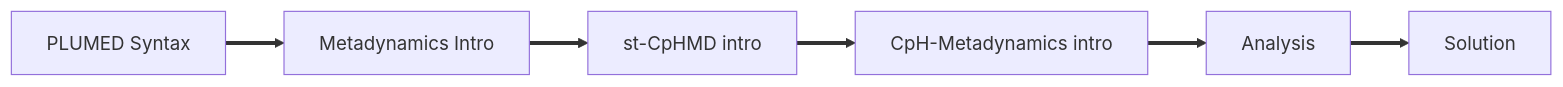
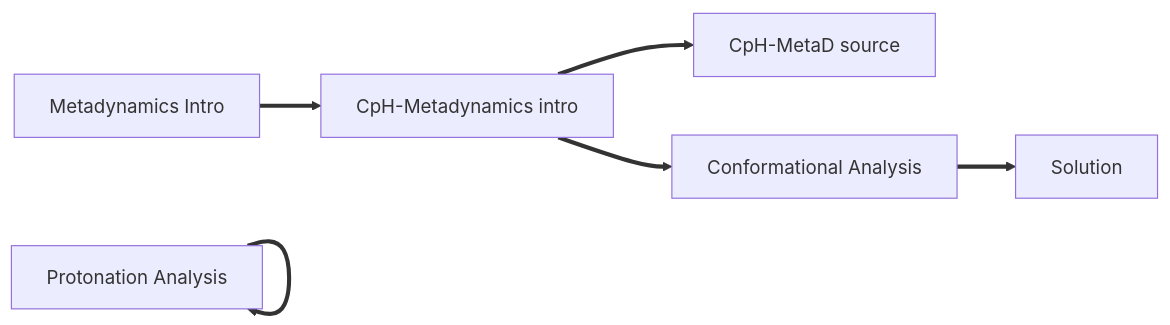
One commit to Tomfersil/CpHMetaD_Tutorial changed the diagram in NAVIGATION.md. Above: the diagram before and after it, drawn with Mermaid.

````diff
--- a/NAVIGATION.md
+++ b/NAVIGATION.md
@@ -1,14 +1,15 @@
 ```mermaid
 flowchart LR
-A[PLUMED Syntax] ==> B[Metadynamics Intro]
-B ==> C[st-CpHMD intro]
-C ==> D[CpH-Metadynamics intro]
-D ==> E[Analysis]
-E ==> F[Solution]
-click A "ref1" "You should be familiar with PLUMED syntax before completing this tutorial"
-click B "ref2" "A brief introduction to metadynamics is useful before executing this tutorial"
-click C "ref3" "Take a look into the source page and material for the CpH-Metadynamics"
-click D "README.md" "A theoretical introduction to the CpH-Metadynamics method"
-click E "analysis.md" "The instructions for the exercise"
+A[Metadynamics Intro] ==> B[CpH-Metadynamics intro]
+B ==> C[CpH-MetaD source]
+B ==> D[Conformational Analysis]
+E ==> E[Protonation Analysis]
+D ==> F[Solution]
+
+click A "ref1" "A brief introduction to metadynamics is useful before executing this tutorial"
+click B "README.md" "A theoretical introduction to the CpH-Metadynamics method"
+click B "ref3" "Take a look into the source page and material for the CpH-Metadynamics"
+click D "Conformation.md" "Perform the conformation analysis of CpH-Metadynamics."
+click E "Protonation.md" "Perform the protonation analysis of CpH-Metadynamics"
 click F "notebooks/solution.ipynb" "A python notebook containing a full set of solutions for the exercise"
 ```
````
